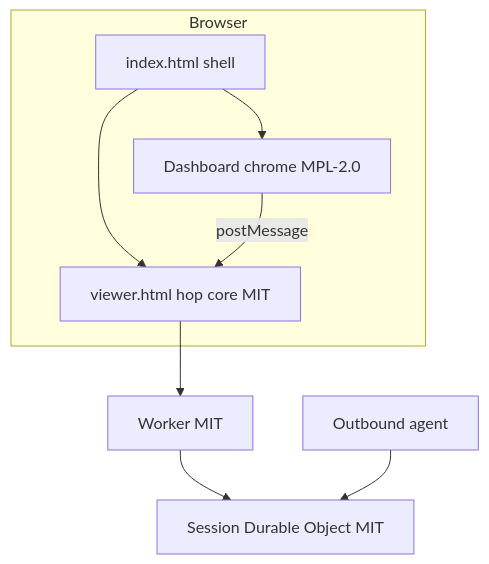
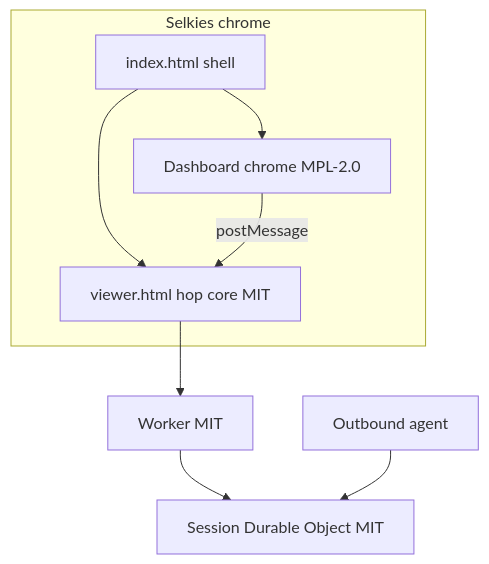
The third of 3 diagrams in docs/architecture.md (Joleeconsultants/Jolee-Remote), drawn with Mermaid before and after one commit. The commit also changed other lines of this file and 3 other files, not shown here.

````diff
--- a/docs/architecture.md
+++ b/docs/architecture.md
@@ -38,14 +38,14 @@
 ```mermaid
 flowchart TB
-  subgraph chrome [Browser]
+  subgraph chrome [Selkies chrome]
     Shell[index.html shell]
     Overlay[Dashboard chrome MPL-2.0]
     Core[viewer.html hop core MIT]
     Shell --> Overlay
     Shell --> Core
     Overlay -->|postMessage| Core
   end
   Core --> Worker[Worker MIT]
   Worker --> DO[Session Durable Object MIT]
   Agent[Outbound agent] --> DO
 ```
````
